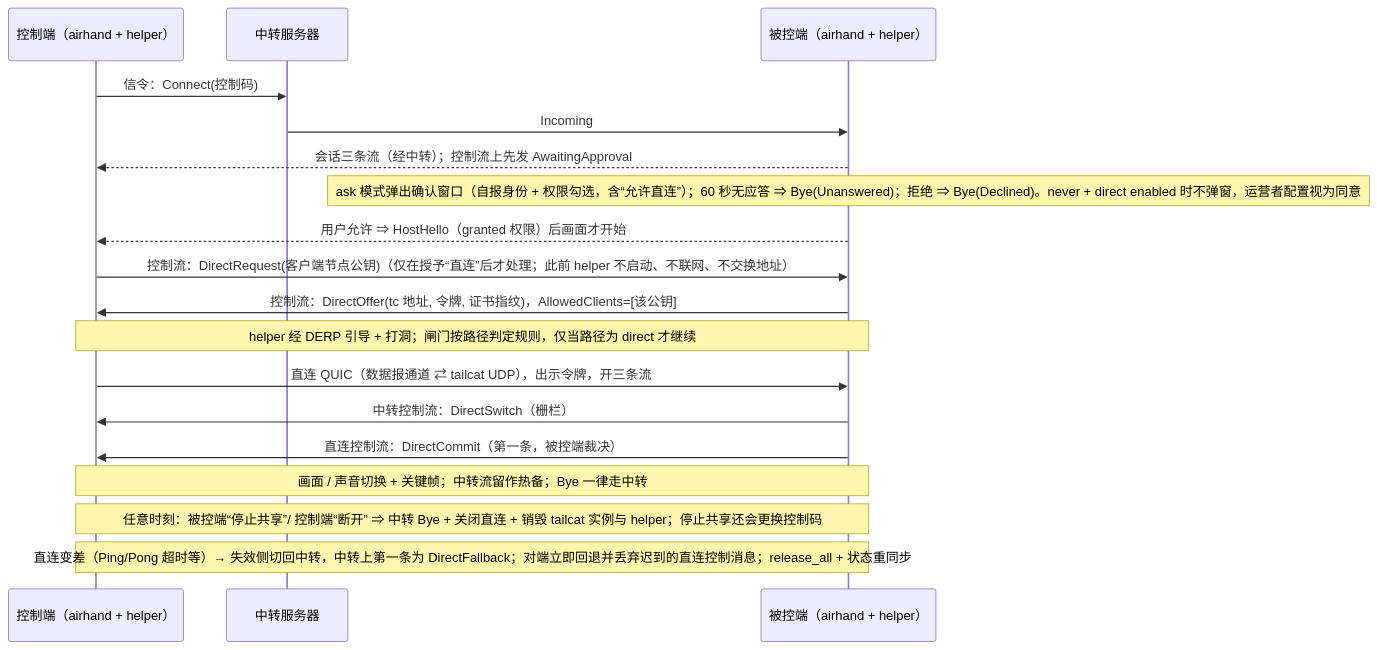
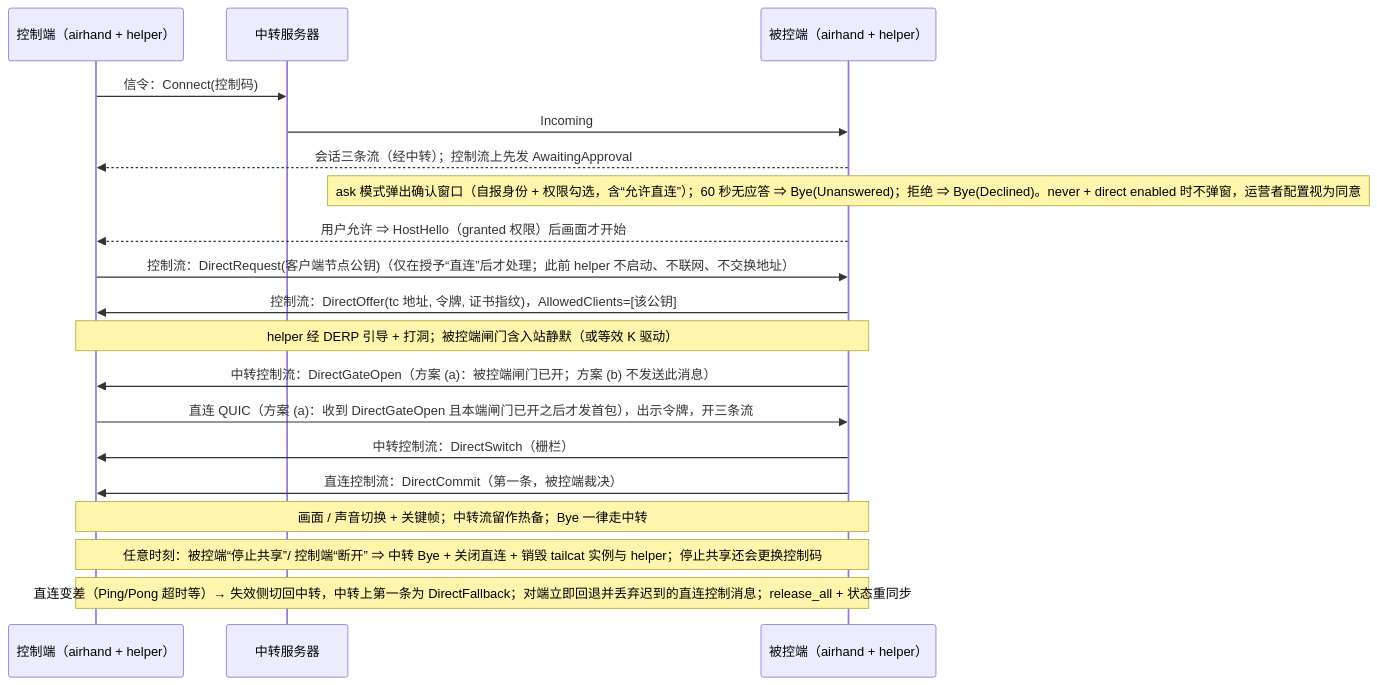
One commit to 2mauis/airhand changed the diagram in docs/specs/tailcat-p2p-feature-map.md. Above: the diagram before and after it, drawn with Mermaid. The commit also changed other lines of this file and 3 other files, not shown here.

````diff
--- a/docs/specs/tailcat-p2p-feature-map.md
+++ b/docs/specs/tailcat-p2p-feature-map.md
@@ -46,20 +46,21 @@
 ```mermaid
 sequenceDiagram
     participant C as 控制端（airhand + helper）
     participant R as 中转服务器
     participant H as 被控端（airhand + helper）
     C->>R: 信令：Connect(控制码)
     R->>H: Incoming
     H-->>C: 会话三条流（经中转）；控制流上先发 AwaitingApproval
     Note over H: ask 模式弹出确认窗口（自报身份 + 权限勾选，含“允许直连”）；60 秒无应答 ⇒ Bye(Unanswered)；拒绝 ⇒ Bye(Declined)。never + direct enabled 时不弹窗，运营者配置视为同意
     H-->>C: 用户允许 ⇒ HostHello（granted 权限）后画面才开始
     C->>H: 控制流：DirectRequest(客户端节点公钥)（仅在授予“直连”后才处理；此前 helper 不启动、不联网、不交换地址）
     H->>C: 控制流：DirectOffer(tc 地址, 令牌, 证书指纹)，AllowedClients=[该公钥]
-    Note over C,H: helper 经 DERP 引导 + 打洞；闸门按路径判定规则，仅当路径为 direct 才继续
-    C->>H: 直连 QUIC（数据报通道 ⇄ tailcat UDP），出示令牌，开三条流
+    Note over C,H: helper 经 DERP 引导 + 打洞；被控端闸门含入站静默（或等效 K 驱动）
+    H->>C: 中转控制流：DirectGateOpen（方案 (a)：被控端闸门已开；方案 (b) 不发送此消息）
+    C->>H: 直连 QUIC（方案 (a)：收到 DirectGateOpen 且本端闸门已开之后才发首包），出示令牌，开三条流
     H->>C: 中转控制流：DirectSwitch（栅栏）
     H->>C: 直连控制流：DirectCommit（第一条，被控端裁决）
     Note over C,H: 画面 / 声音切换 + 关键帧；中转流留作热备；Bye 一律走中转
     Note over C,H: 任意时刻：被控端“停止共享”/ 控制端“断开” ⇒ 中转 Bye + 关闭直连 + 销毁 tailcat 实例与 helper；停止共享还会更换控制码
     Note over C,H: 直连变差（Ping/Pong 超时等）→ 失效侧切回中转，中转上第一条为 DirectFallback；对端立即回退并丢弃迟到的直连控制消息；release_all + 状态重同步
 ```
````
